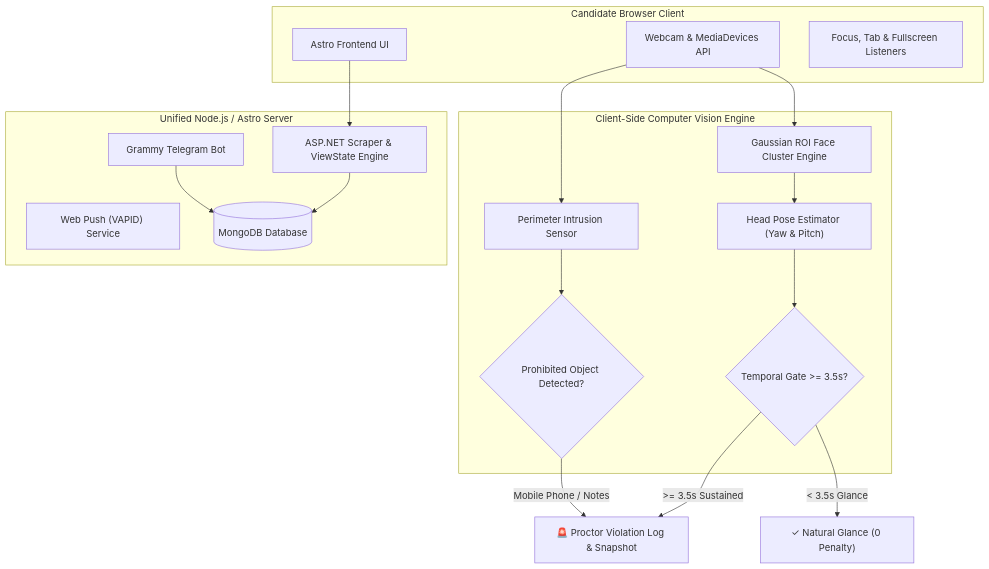
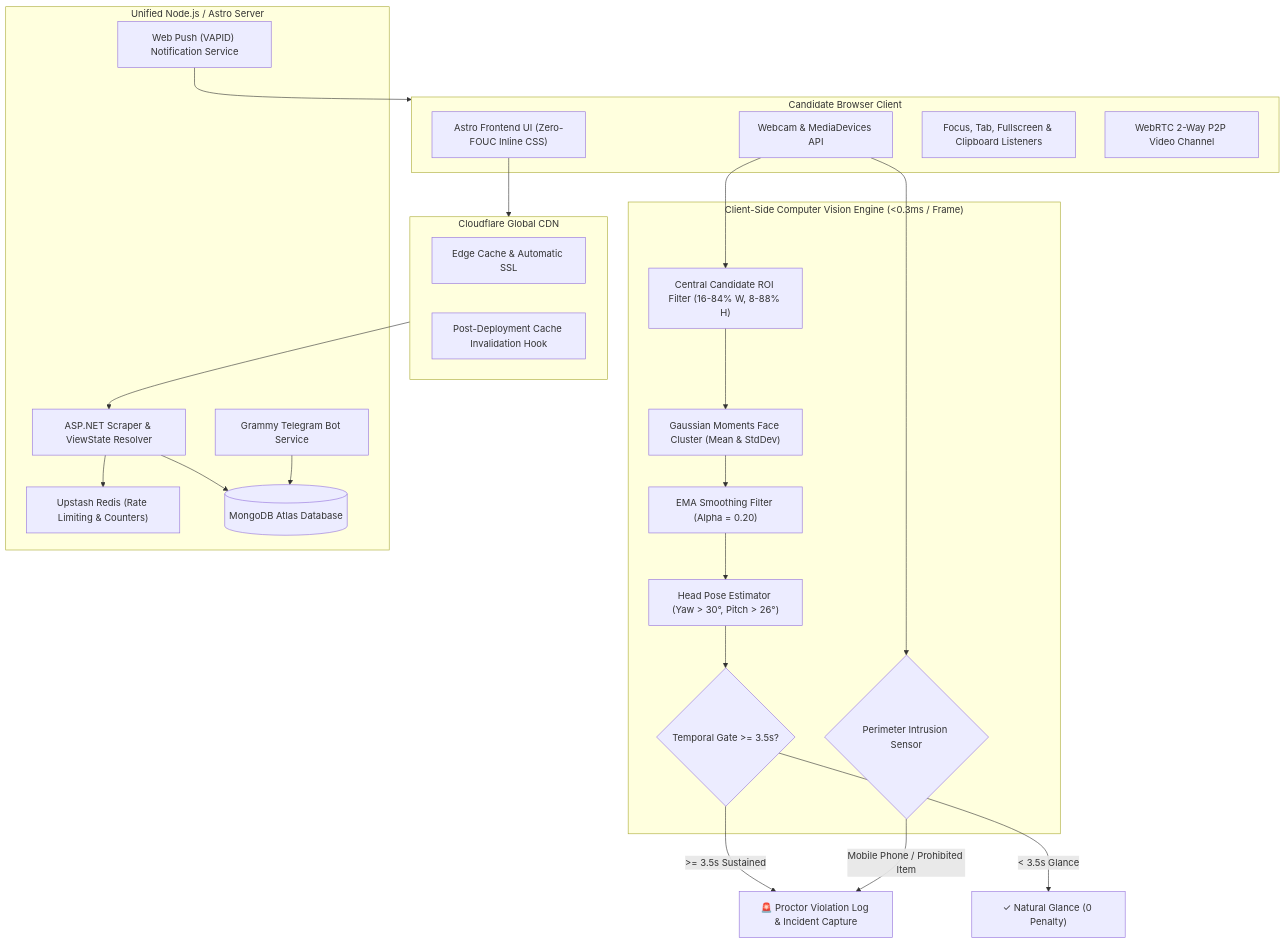
One commit to civdix/aktu-result changed the diagram in README.md. Above: the diagram before and after it, drawn with Mermaid. The commit also changed other lines of this file, not shown here.

Commit message:
docs: comprehensive update to README with native CV engine, WebRTC, Web Push, Upstash Redis & REST APIs

````diff
--- a/README.md
+++ b/README.md
@@ -71,36 +82,44 @@
 ```mermaid
 flowchart TD
     subgraph Client["Candidate Browser Client"]
-        UI["Astro Frontend UI"]
+        UI["Astro Frontend UI (Zero-FOUC Inline CSS)"]
         Cam["Webcam & MediaDevices API"]
-        Sensors["Focus, Tab & Fullscreen Listeners"]
+        Sensors["Focus, Tab, Fullscreen & Clipboard Listeners"]
+        WebRTC["WebRTC 2-Way P2P Video Channel"]
     end
 
-    subgraph CV["Client-Side Computer Vision Engine"]
-        Face["Gaussian ROI Face Cluster Engine"]
-        Perimeter["Perimeter Intrusion Sensor"]
-        VFOA["Head Pose Estimator (Yaw & Pitch)"]
+    subgraph CV["Client-Side Computer Vision Engine (<0.3ms / Frame)"]
+        ROI["Central Candidate ROI Filter (16-84% W, 8-88% H)"]
+        Face["Gaussian Moments Face Cluster (Mean & StdDev)"]
+        Smooth["EMA Smoothing Filter (Alpha = 0.20)"]
+        VFOA["Head Pose Estimator (Yaw > 30°, Pitch > 26°)"]
         Hysteresis{"Temporal Gate >= 3.5s?"}
-        ObjCheck{"Prohibited Object Detected?"}
+        PerimeterCheck{"Perimeter Intrusion Sensor"}
+    end
+
+    subgraph Edge["Cloudflare Global CDN"]
+        EdgeCache["Edge Cache & Automatic SSL"]
+        PurgeHook["Post-Deployment Cache Invalidation Hook"]
     end
 
     subgraph Server["Unified Node.js / Astro Server"]
-        Scraper["ASP.NET Scraper & ViewState Engine"]
-        Bot["Grammy Telegram Bot"]
-        Push["Web Push (VAPID) Service"]
-        DB[(MongoDB Database)]
+        Scraper["ASP.NET Scraper & ViewState Resolver"]
+        Bot["Grammy Telegram Bot Service"]
+        Push["Web Push (VAPID) Notification Service"]
+        RedisCache["Upstash Redis (Rate Limiting & Counters)"]
+        DB[(MongoDB Atlas Database)]
     end
 
-    Cam --> Face
-    Cam --> Perimeter
-    Face --> VFOA --> Hysteresis
-    Perimeter --> ObjCheck
+    Cam --> ROI --> Face --> Smooth --> VFOA --> Hysteresis
+    Cam --> PerimeterCheck
 
-    Hysteresis -- ">= 3.5s Sustained" --> AuditLog["🚨 Proctor Violation Log & Snapshot"]
+    Hysteresis -- ">= 3.5s Sustained" --> AuditLog["🚨 Proctor Violation Log & Incident Capture"]
     Hysteresis -- "< 3.5s Glance" --> Safe["✓ Natural Glance (0 Penalty)"]
-    ObjCheck -- "Mobile Phone / Notes" --> AuditLog
+    PerimeterCheck -- "Mobile Phone / Prohibited Item" --> AuditLog
 
-    UI --> Scraper
+    UI --> Edge --> Scraper
     Scraper --> DB
+    Scraper --> RedisCache
     Bot --> DB
+    Push --> Client
 ```
````
